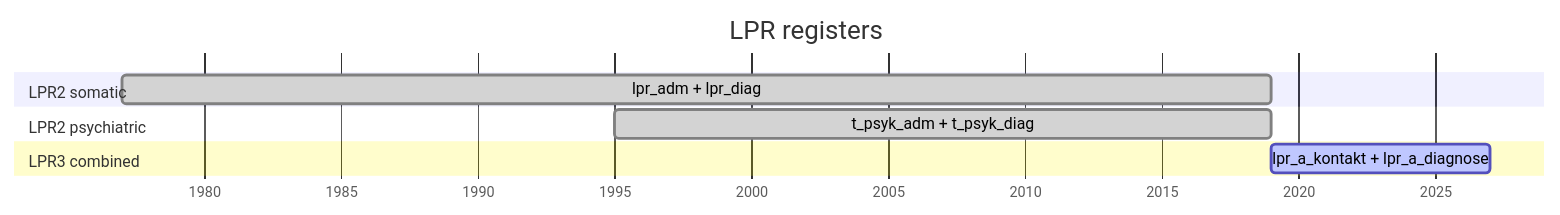
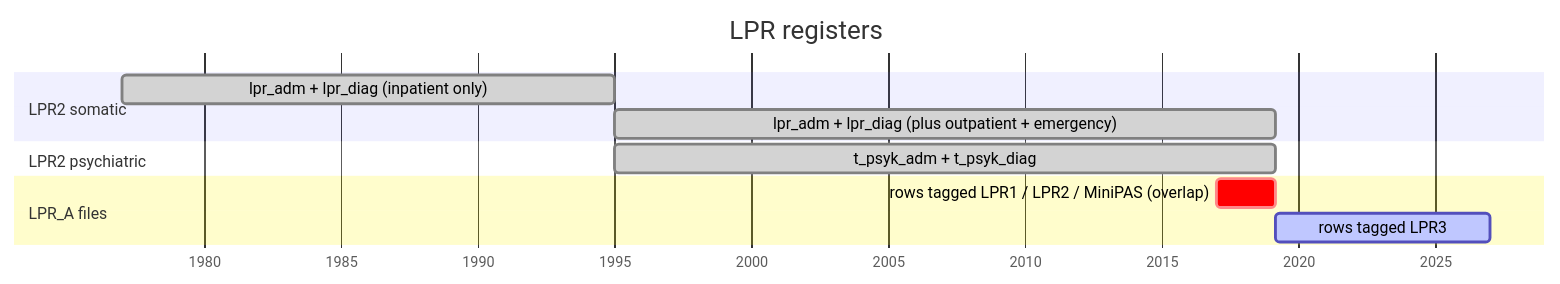
Before and after one commit to steno-aarhus/registers-guide: the diagram in understand-lpr.qmd, drawn with Mermaid. The commit also changed other lines of this file and 7 other files, not shown here.

Commit message:
unsourced claims removed or sourced, LPR figure shows the 1995 break and the 2017-2019 overlap (#71)

````diff
--- a/understand-lpr.qmd
+++ b/understand-lpr.qmd
@@ -102,12 +102,14 @@
 ```{mermaid}
 gantt
     title LPR registers
-    dateFormat  YYYY
+    dateFormat  YYYY-MM
     axisFormat  %Y
     section LPR2 somatic
-    lpr_adm + lpr_diag               :done,   1977, 2019
+    lpr_adm + lpr_diag (inpatient only)              :done,   1977-01, 1995-01
+    lpr_adm + lpr_diag (plus outpatient + emergency) :done,   1995-01, 2019-03
     section LPR2 psychiatric
-    t_psyk_adm + t_psyk_diag         :done,   1995, 2019
-    section LPR3 combined
-    lpr_a_kontakt + lpr_a_diagnose   :active, 2019, 2027
+    t_psyk_adm + t_psyk_diag                         :done,   1995-01, 2019-03
+    section LPR_A files
+    rows tagged LPR1 / LPR2 / MiniPAS (overlap)      :crit,   2017-01, 2019-03
+    rows tagged LPR3                                 :active, 2019-03, 2027-01
 ```
````
